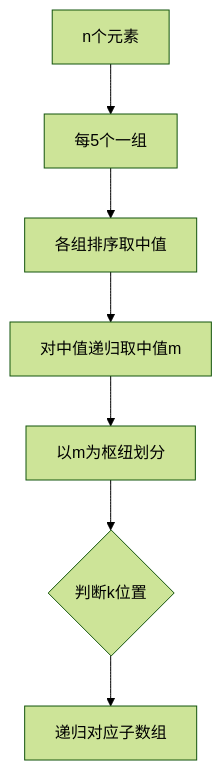
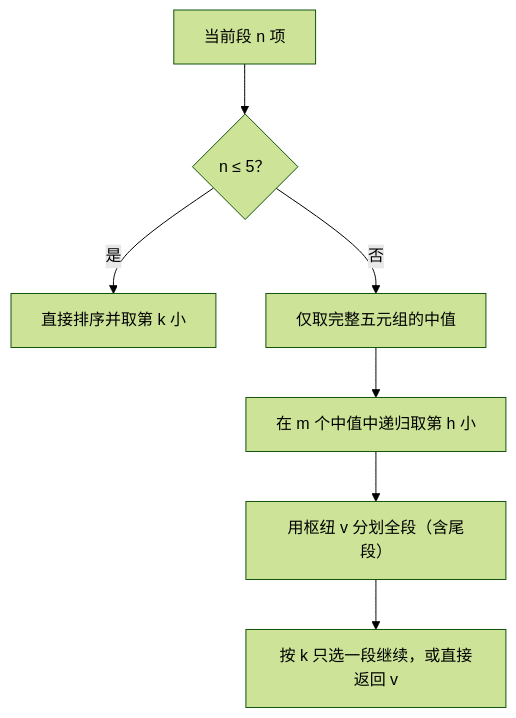
Before and after one commit to hicancan/njupt-knowledge: the second of 2 diagrams in topics/算法分析/线性时间选择.md, drawn with Mermaid (forest theme). The commit also changed other lines of this file and 6 other files, not shown here.

````diff
--- a/topics/算法分析/线性时间选择.md
+++ b/topics/算法分析/线性时间选择.md
@@ -44,9 +31,9 @@
 ```mermaid
 flowchart TD
-    A["n个元素"] --> B["每5个一组"]
-    B --> C["各组排序取中值"]
-    C --> D["对中值递归取中值m"]
-    D --> E["以m为枢纽划分"]
-    E --> F{"判断k位置"}
-    F --> G["递归对应子数组"]
+    A["当前段 n 项"] --> B{"n ≤ 5？"}
+    B -- 是 --> C["直接排序并取第 k 小"]
+    B -- 否 --> D["仅取完整五元组的中值"]
+    D --> E["在 m 个中值中递归取第 h 小"]
+    E --> F["用枢纽 v 分划全段（含尾段）"]
+    F --> G["按 k 只选一段继续，或直接返回 v"]
 ```
````
